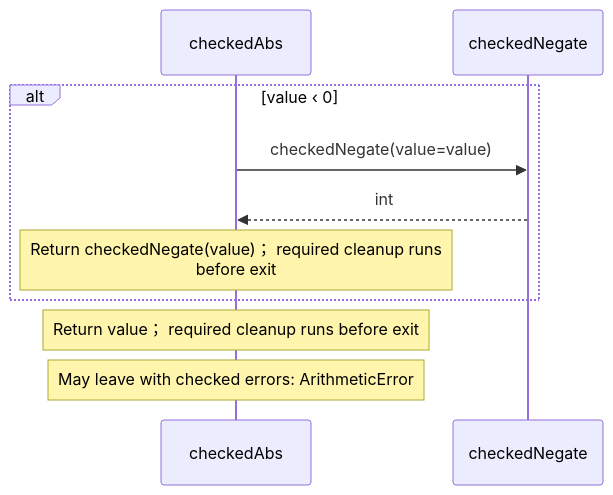
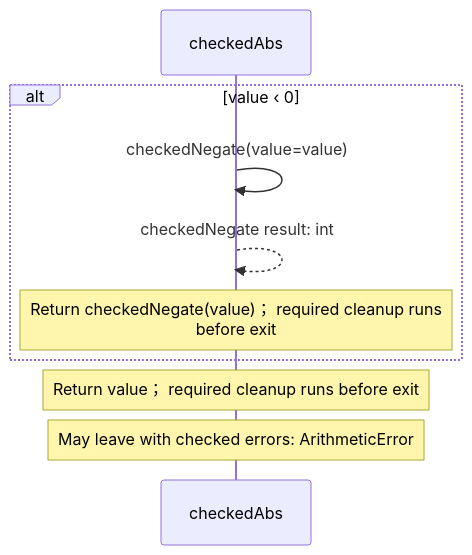
Before and after one commit to GreenPandaStudios/augscript: the sixth of 7 diagrams in src/stdlib/math/integers.aug.diagrams.md, drawn with Mermaid. The commit also changed other lines of this file and 304 other files, not shown here.

Commit message:
Make generated data-flow sequences concise and review every diagram

````diff
--- a/src/stdlib/math/integers.aug.diagrams.md
+++ b/src/stdlib/math/integers.aug.diagrams.md
@@ -130,12 +124,12 @@
 ```mermaid
 sequenceDiagram
     participant p0 as checkedAbs
-    participant p1 as checkedNegate
+
     alt value ‹ 0
-    p0->>p1: checkedNegate(value=value)
-    p1-->>p0: int
+    p0->>p0: checkedNegate(value=value)
+    p0-->>p0: checkedNegate result: int
     Note over p0: Return checkedNegate(value)； required cleanup runs<br/>before exit
     end
     Note over p0: Return value； required cleanup runs before exit
     Note over p0: May leave with checked errors: ArithmeticError
 ```
````
